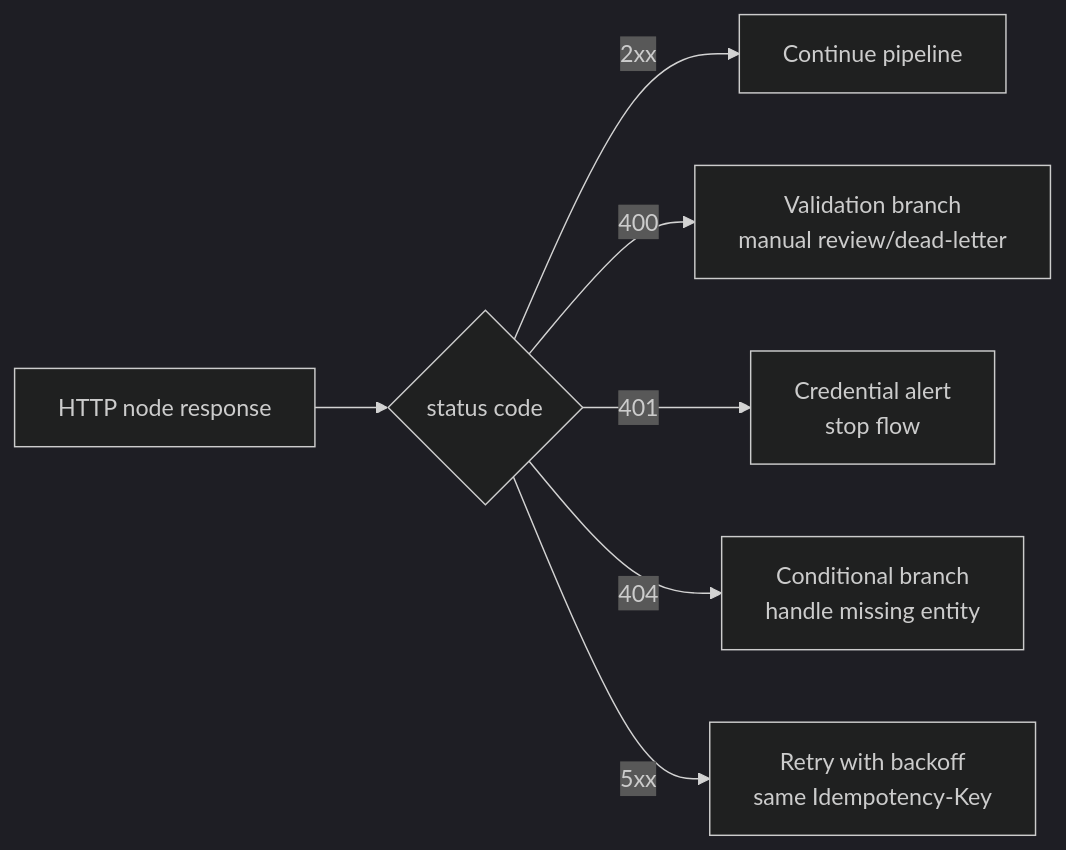
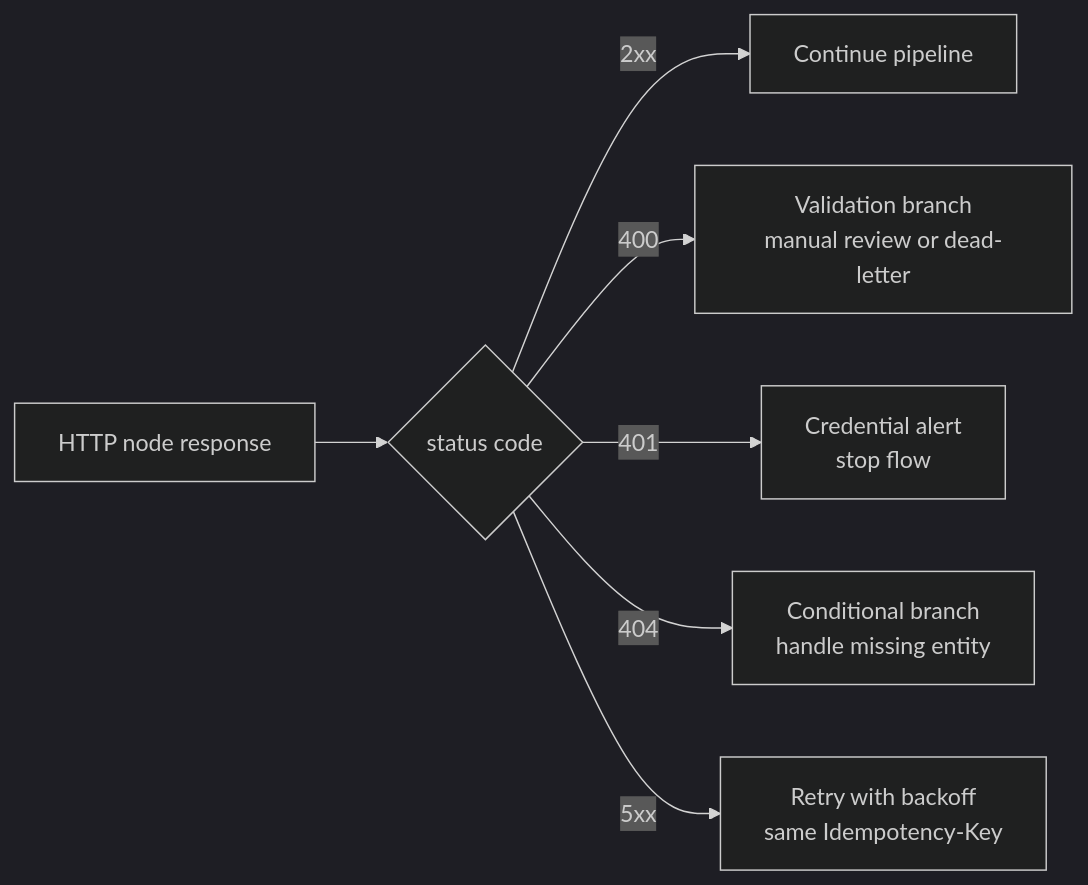
The sixth of 7 diagrams in N8N.md (atvirokodosprendimai/dbapi), drawn with Mermaid (dark theme) before and after one commit. The commit also changed other lines of this file, not shown here.

Commit message:
docs fix github mermaid rendering in n8n guide

````diff
--- a/N8N.md
+++ b/N8N.md
@@ -560,9 +560,9 @@
 ```mermaid
 flowchart LR
     A[HTTP node response] --> B{status code}
     B -->|2xx| C[Continue pipeline]
-    B -->|400| D[Validation branch\nmanual review/dead-letter]
-    B -->|401| E[Credential alert\nstop flow]
-    B -->|404| F[Conditional branch\nhandle missing entity]
-    B -->|5xx| G[Retry with backoff\nsame Idempotency-Key]
+    B -->|400| D["Validation branch<br/>manual review or dead-letter"]
+    B -->|401| E["Credential alert<br/>stop flow"]
+    B -->|404| F["Conditional branch<br/>handle missing entity"]
+    B -->|5xx| G["Retry with backoff<br/>same Idempotency-Key"]
 ```
````
